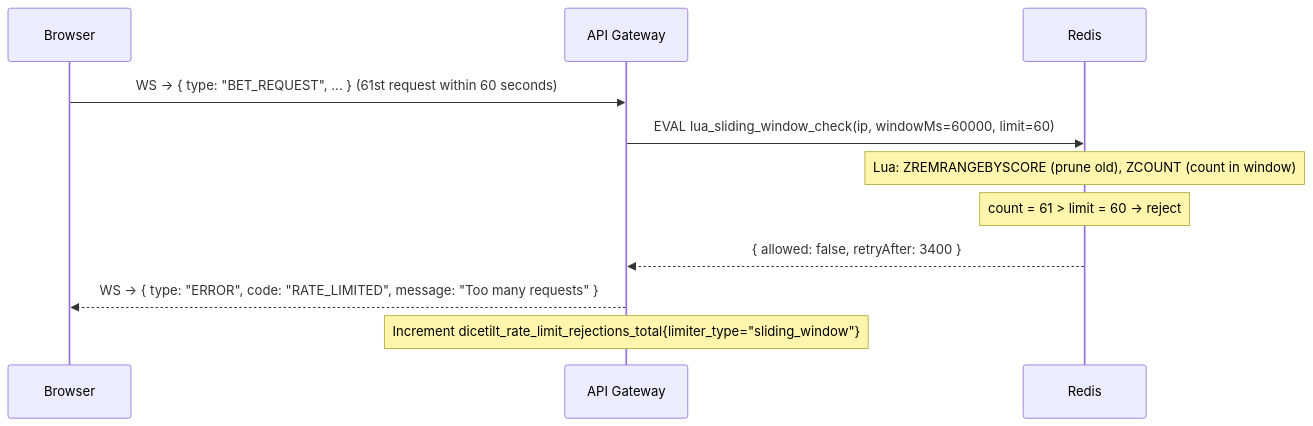
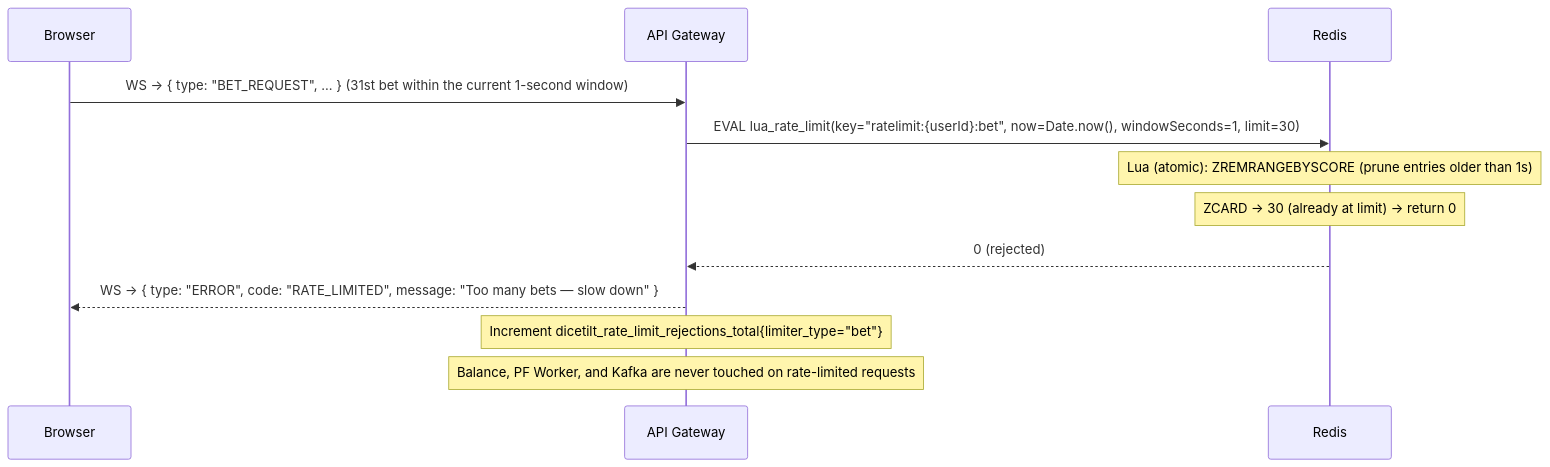
One commit to Fennzo/DiceTilt changed the ninth of 20 diagrams in documentation/sequence-diagrams.md. Above: the diagram before and after it, drawn with Mermaid. The commit also changed other lines of this file and 93 other files, not shown here.

````diff
--- a/documentation/sequence-diagrams.md
+++ b/documentation/sequence-diagrams.md
@@ -294,15 +328,16 @@
 ```mermaid
 sequenceDiagram
     participant B as Browser
     participant API as API Gateway
     participant Redis as Redis
 
-    B->>API: WS → { type: "BET_REQUEST", ... } (61st request within 60 seconds)
-    API->>Redis: EVAL lua_sliding_window_check(ip, windowMs=60000, limit=60)
-    Note over Redis: Lua: ZREMRANGEBYSCORE (prune old), ZCOUNT (count in window)
-    Note over Redis: count = 61 > limit = 60 → reject
-    Redis-->>API: { allowed: false, retryAfter: 3400 }
+    B->>API: WS → { type: "BET_REQUEST", ... } (31st bet within the current 1-second window)
+    API->>Redis: EVAL lua_rate_limit(key="ratelimit:{userId}:bet", now=Date.now(), windowSeconds=1, limit=30)
+    Note over Redis: Lua (atomic): ZREMRANGEBYSCORE (prune entries older than 1s)
+    Note over Redis: ZCARD → 30 (already at limit) → return 0
+    Redis-->>API: 0 (rejected)
 
-    API-->>B: WS → { type: "ERROR", code: "RATE_LIMITED", message: "Too many requests" }
-    Note over API: Increment dicetilt_rate_limit_rejections_total{limiter_type="sliding_window"}
+    API-->>B: WS → { type: "ERROR", code: "RATE_LIMITED", message: "Too many bets — slow down" }
+    Note over API: Increment dicetilt_rate_limit_rejections_total{limiter_type="bet"}
+    Note over API: Balance, PF Worker, and Kafka are never touched on rate-limited requests
 ```
````
